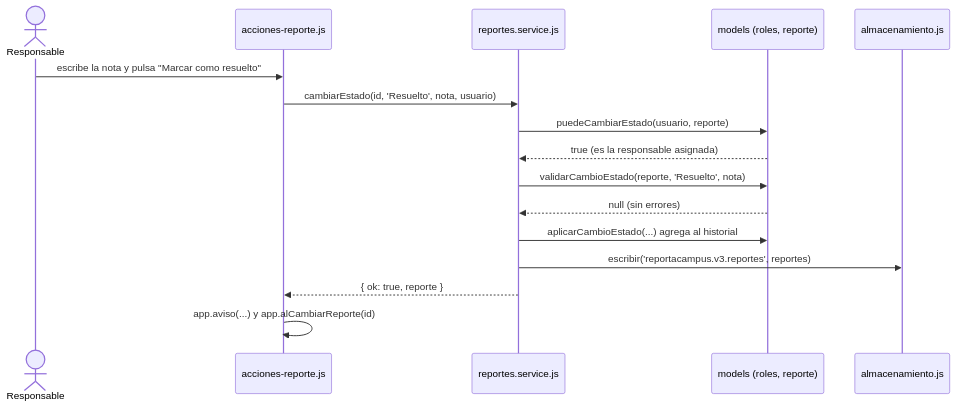
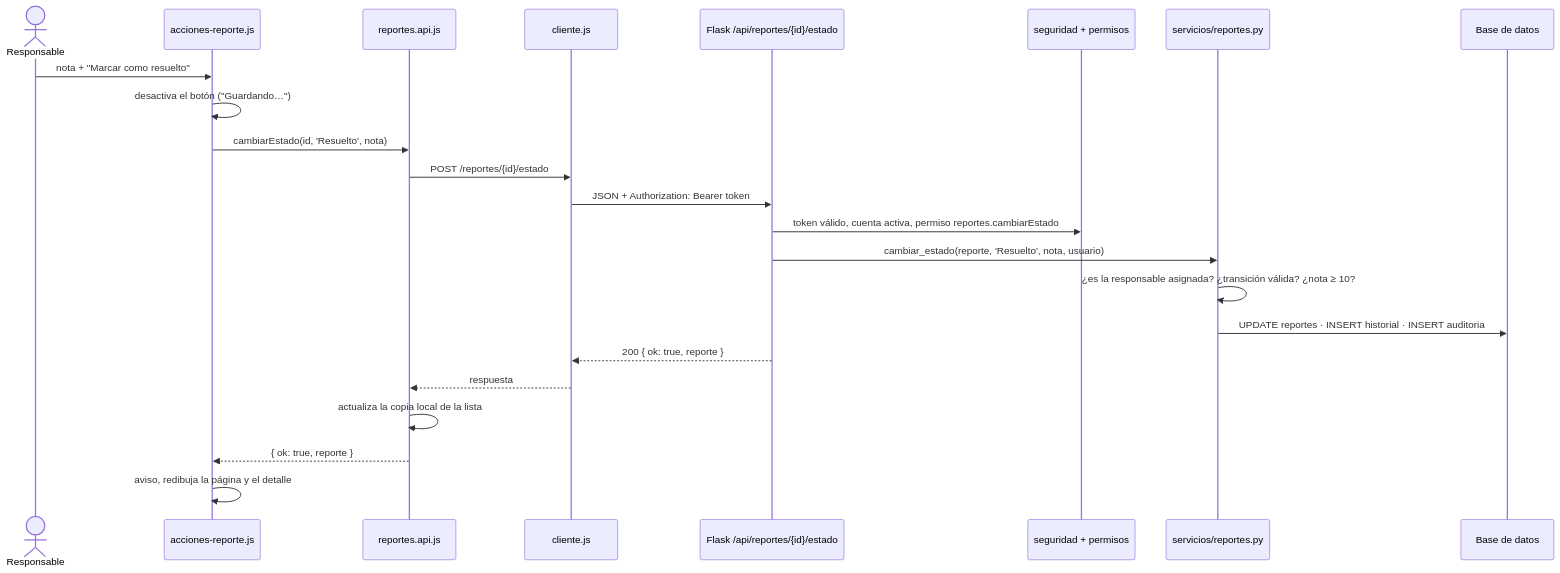
Before and after one commit to ElOne1415/ReportaCampus: the third of 4 diagrams in documentacion/arquitectura/arquitectura.md, drawn with Mermaid. The commit also changed other lines of this file and 14 other files, not shown here.

First line of the commit message:
docs: arquitectura final, diagramas, requerimientos, pruebas y decisiones

````diff
--- a/documentacion/arquitectura/arquitectura.md
+++ b/documentacion/arquitectura/arquitectura.md
@@ -80,19 +81,26 @@
 ```mermaid
 sequenceDiagram
     actor R as Responsable
     participant C as acciones-reporte.js
-    participant S as reportes.service.js
-    participant M as models (roles, reporte)
-    participant A as almacenamiento.js
+    participant S as reportes.api.js
+    participant H as cliente.js
+    participant F as Flask /api/reportes/{id}/estado
+    participant P as seguridad + permisos
+    participant N as servicios/reportes.py
+    participant D as Base de datos
 
-    R->>C: escribe la nota y pulsa "Marcar como resuelto"
-    C->>S: cambiarEstado(id, 'Resuelto', nota, usuario)
-    S->>M: puedeCambiarEstado(usuario, reporte)
-    M-->>S: true (es la responsable asignada)
-    S->>M: validarCambioEstado(reporte, 'Resuelto', nota)
-    M-->>S: null (sin errores)
-    S->>M: aplicarCambioEstado(...) agrega al historial
-    S->>A: escribir('reportacampus.v3.reportes', reportes)
+    R->>C: nota + "Marcar como resuelto"
+    C->>C: desactiva el botón ("Guardando…")
+    C->>S: cambiarEstado(id, 'Resuelto', nota)
+    S->>H: POST /reportes/{id}/estado
+    H->>F: JSON + Authorization: Bearer token
+    F->>P: token válido, cuenta activa, permiso reportes.cambiarEstado
+    F->>N: cambiar_estado(reporte, 'Resuelto', nota, usuario)
+    N->>N: ¿es la responsable asignada? ¿transición válida? ¿nota ≥ 10?
+    N->>D: UPDATE reportes · INSERT historial · INSERT auditoria
+    F-->>H: 200 { ok: true, reporte }
+    H-->>S: respuesta
+    S->>S: actualiza la copia local de la lista
     S-->>C: { ok: true, reporte }
-    C->>C: app.aviso(...) y app.alCambiarReporte(id)
+    C->>C: aviso, redibuja la página y el detalle
 ```
````
